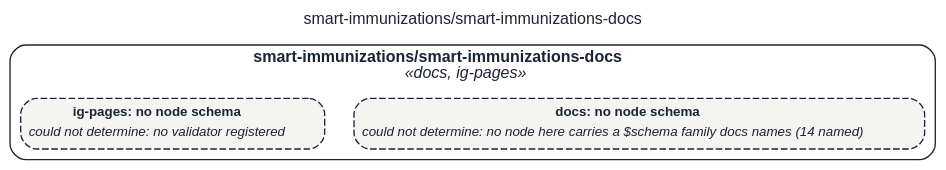
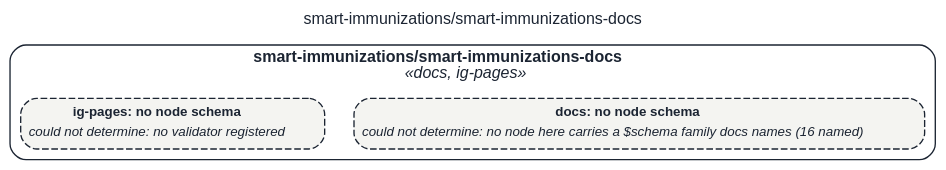
Before and after one commit to litlfred/smart-ra: the diagram in assets/img/uml/overview/smart-immunizations/smart-immunizations-docs.dot, drawn with Graphviz. The commit also changed 5992 other files, not shown here.

```diff
--- a/assets/img/uml/overview/smart-immunizations/smart-immunizations-docs.dot
+++ b/assets/img/uml/overview/smart-immunizations/smart-immunizations-docs.dot
@@ -1,12 +1,12 @@
 // GENERATED by cat-harness-tools/scripts/gen-uml-overview.ts — do not edit.
 // Rendered page (interactive view, same model): https://litlfred.github.io/folio-assistant/uml/overview/smart-immunizations/smart-immunizations-docs.html
 digraph "smart_immunizations_smart_immunizations_docs" {
   graph [label="smart-immunizations/smart-immunizations-docs", labelloc=t, fontname="Helvetica", fontsize=12, fontcolor="#1b2432", newrank=true, ratio=auto, nodesep=0.3, ranksep=0.5, bgcolor="transparent"];
   node [shape=box, style="rounded,filled", margin=0.05, fontname="Helvetica", fontsize=10, color="#1b2432", fontcolor="#1b2432"];
   edge [color="#1b2432", fontcolor="#1b2432", fontname="Helvetica", fontsize=9];
   subgraph "cluster_pkg_smart_immunizations_smart_immunizations_docs" {
     label=<<b>smart-immunizations/smart-immunizations-docs</b><br/><i>«docs, ig-pages»</i>>; style="rounded"; color="#1b2432"; class="fa_uml_subgraph";
-    "n_smart_immunizations_smart_immunizations_docs_docs" [style="rounded,filled,dashed", fillcolor="#f4f4f1", class="fa_uml_kind_docs fa_uml_undetermined", label=<<table border="0" cellborder="0" cellspacing="0" cellpadding="2"><tr><td><b>docs: no node schema</b></td></tr><tr><td align="left"><i>could not determine: no node here carries a $schema family docs names (14 named)</i></td></tr></table>>];
+    "n_smart_immunizations_smart_immunizations_docs_docs" [style="rounded,filled,dashed", fillcolor="#f4f4f1", class="fa_uml_kind_docs fa_uml_undetermined", label=<<table border="0" cellborder="0" cellspacing="0" cellpadding="2"><tr><td><b>docs: no node schema</b></td></tr><tr><td align="left"><i>could not determine: no node here carries a $schema family docs names (16 named)</i></td></tr></table>>];
     "n_smart_immunizations_smart_immunizations_docs_ig_pages" [style="rounded,filled,dashed", fillcolor="#f4f4f1", class="fa_uml_kind_ig_pages fa_uml_undetermined", label=<<table border="0" cellborder="0" cellspacing="0" cellpadding="2"><tr><td><b>ig-pages: no node schema</b></td></tr><tr><td align="left"><i>could not determine: no validator registered</i></td></tr></table>>];
   }
 }
```
